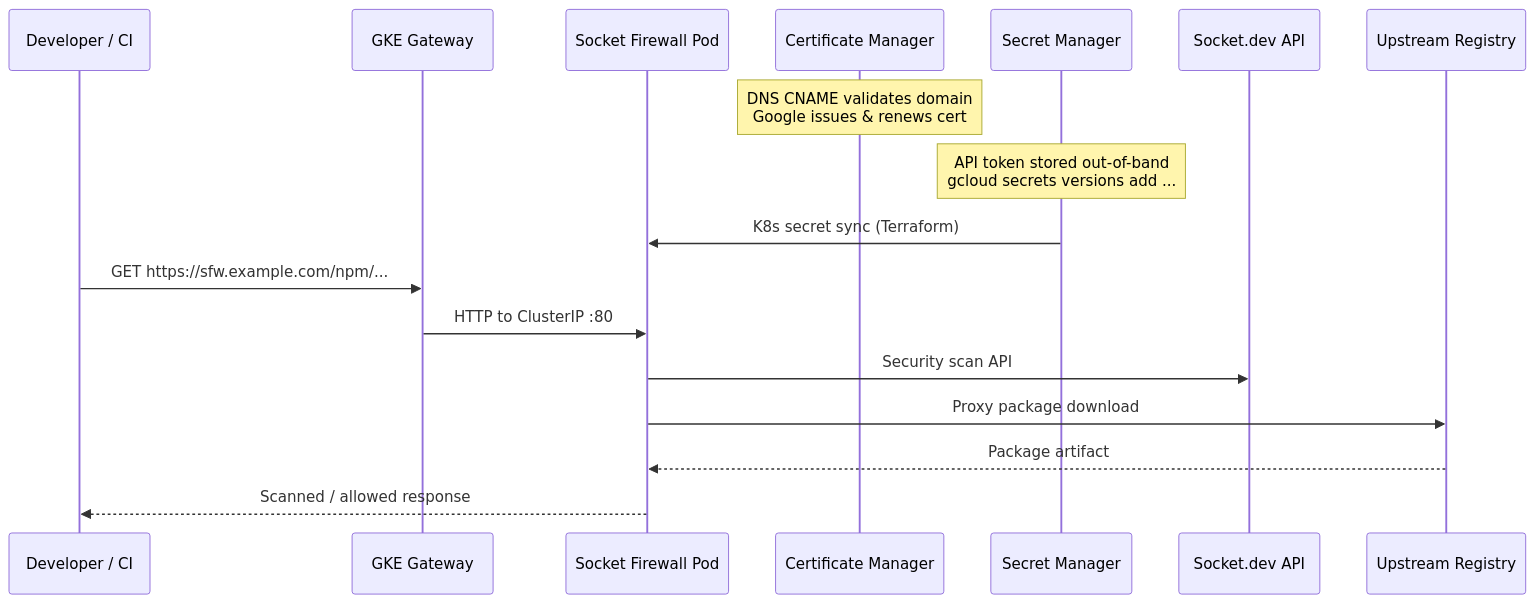
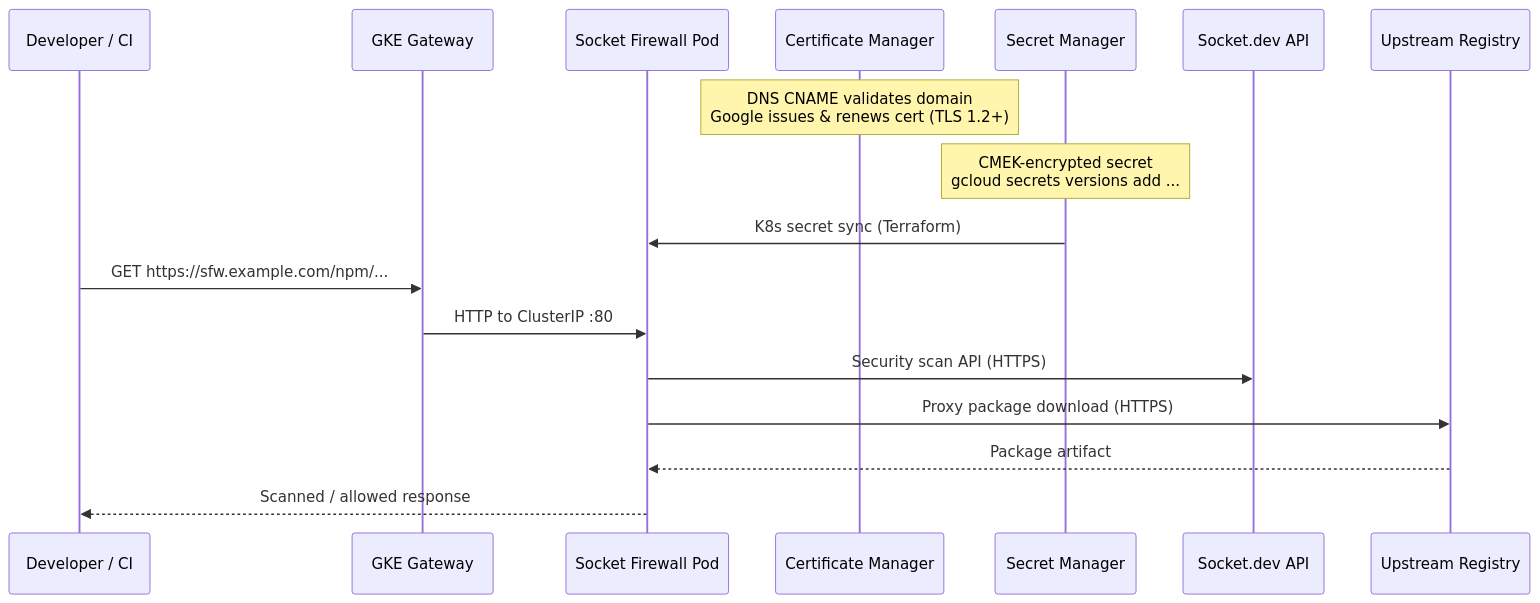
The third of 3 diagrams in README.md (getsentry/security-socket-firewall), drawn with Mermaid before and after one commit. The commit also changed other lines of this file and 14 other files, not shown here.

````diff
--- a/README.md
+++ b/README.md
@@ -118,20 +136,20 @@
 ```mermaid
 sequenceDiagram
     participant Dev as Developer / CI
     participant GW as GKE Gateway
     participant FW as Socket Firewall Pod
     participant CM as Certificate Manager
     participant SM as Secret Manager
     participant Socket as Socket.dev API
     participant Reg as Upstream Registry
 
-    Note over CM: DNS CNAME validates domain<br/>Google issues & renews cert
-    Note over SM: API token stored out-of-band<br/>gcloud secrets versions add ...
+    Note over CM: DNS CNAME validates domain<br/>Google issues & renews cert (TLS 1.2+)
+    Note over SM: CMEK-encrypted secret<br/>gcloud secrets versions add ...
     SM->>FW: K8s secret sync (Terraform)
     Dev->>GW: GET https://sfw.example.com/npm/...
     GW->>FW: HTTP to ClusterIP :80
-    FW->>Socket: Security scan API
-    FW->>Reg: Proxy package download
+    FW->>Socket: Security scan API (HTTPS)
+    FW->>Reg: Proxy package download (HTTPS)
     Reg-->>FW: Package artifact
     FW-->>Dev: Scanned / allowed response
 ```
````
